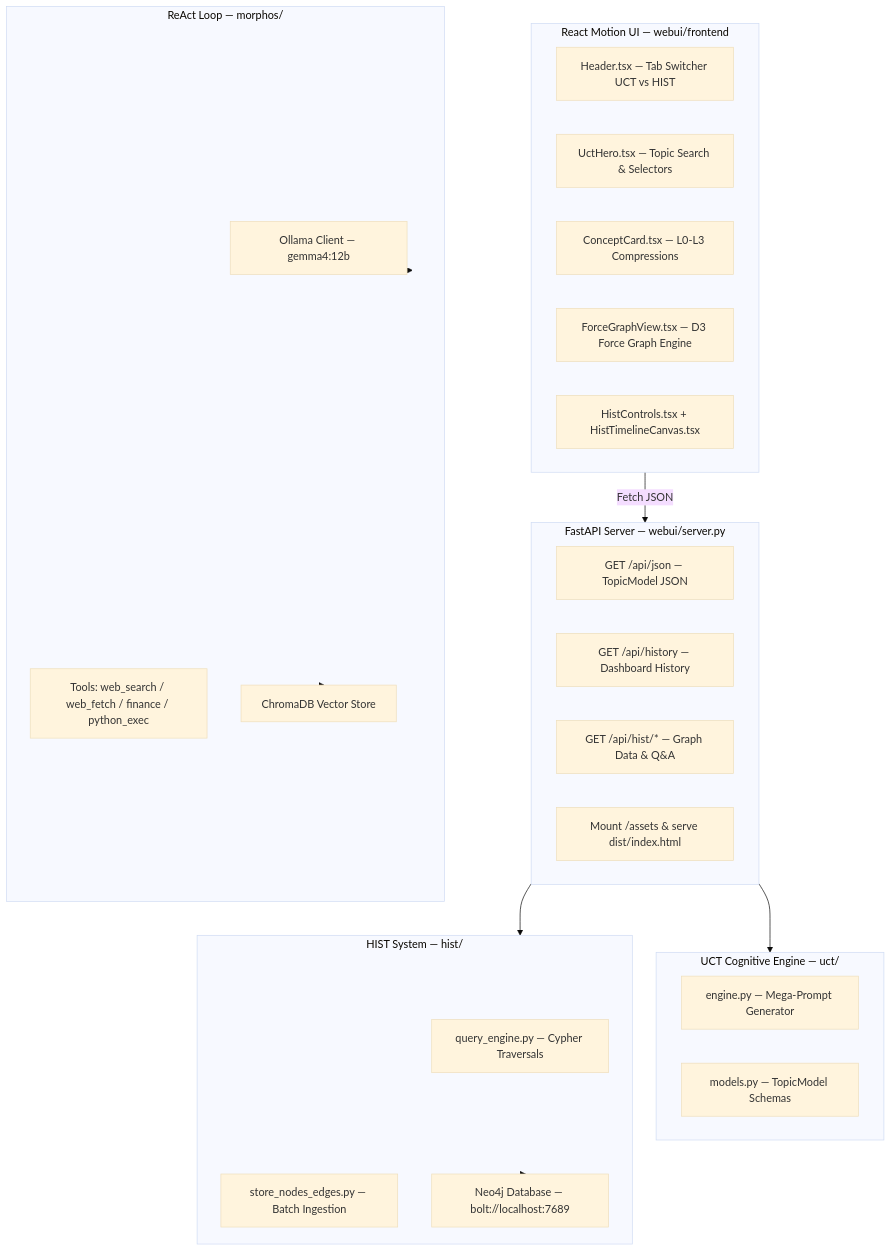
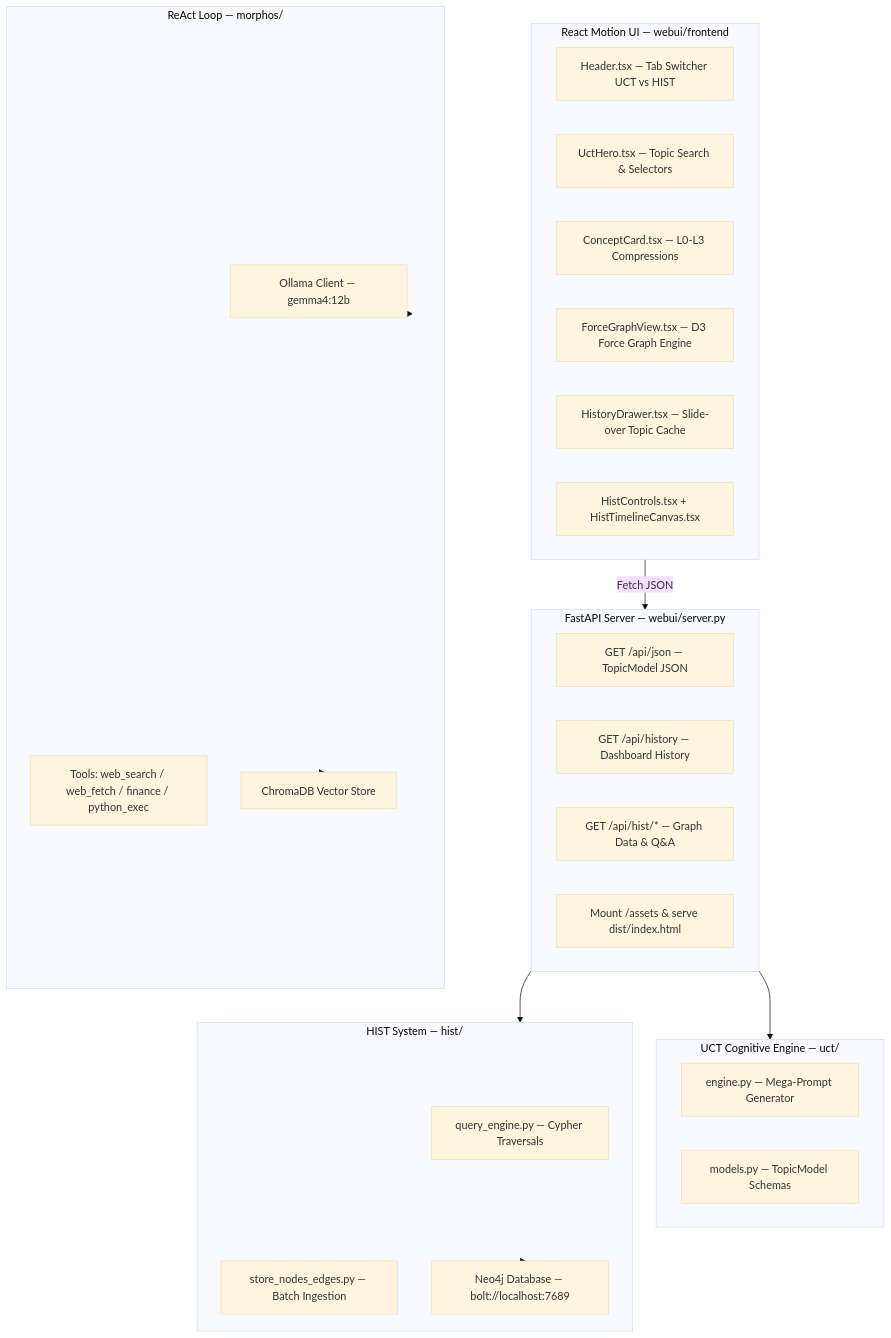
Before and after one commit to kbi101/20260624: the diagram in README.md, drawn with Mermaid (base theme). The commit also changed other lines of this file and 3 other files, not shown here.

Commit message:
docs: add Cognitive Textbook dashboard and Topic History screenshots to README

````diff
--- a/README.md
+++ b/README.md
@@ -121,41 +126,42 @@
 ```mermaid
 flowchart TB
     subgraph SPA["React Motion UI — webui/frontend"]
         HEADER["Header.tsx — Tab Switcher UCT vs HIST"]
         HERO["UctHero.tsx — Topic Search & Selectors"]
         CARDS["ConceptCard.tsx — L0-L3 Compressions"]
         GRAPH["ForceGraphView.tsx — D3 Force Graph Engine"]
+        DRAWER["HistoryDrawer.tsx — Slide-over Topic Cache"]
         HIST_UI["HistControls.tsx + HistTimelineCanvas.tsx"]
     end
 
     subgraph BACKEND["FastAPI Server — webui/server.py"]
         API1["GET /api/json — TopicModel JSON"]
         API2["GET /api/history — Dashboard History"]
         API3["GET /api/hist/* — Graph Data & Q&A"]
         DIST["Mount /assets & serve dist/index.html"]
     end
 
     subgraph UCT["UCT Cognitive Engine — uct/"]
         UCE["engine.py — Mega-Prompt Generator"]
         UCM["models.py — TopicModel Schemas"]
     end
 
     subgraph HIST["HIST System — hist/"]
         HQE["query_engine.py — Cypher Traversals"]
         HDS["store_nodes_edges.py — Batch Ingestion"]
         NEO["Neo4j Database — bolt://localhost:7689"]
     end
 
     subgraph CORE["ReAct Loop — morphos/"]
         LLM["Ollama Client — gemma4:12b"]
         TOOLS["Tools: web_search / web_fetch / finance / python_exec"]
         VECTOR["ChromaDB Vector Store"]
     end
 
     SPA -->|Fetch JSON| BACKEND
     BACKEND --> UCT
     BACKEND --> HIST
     HIST --> NEO
     CORE --> VECTOR
     CORE --> LLM
 ```
````
